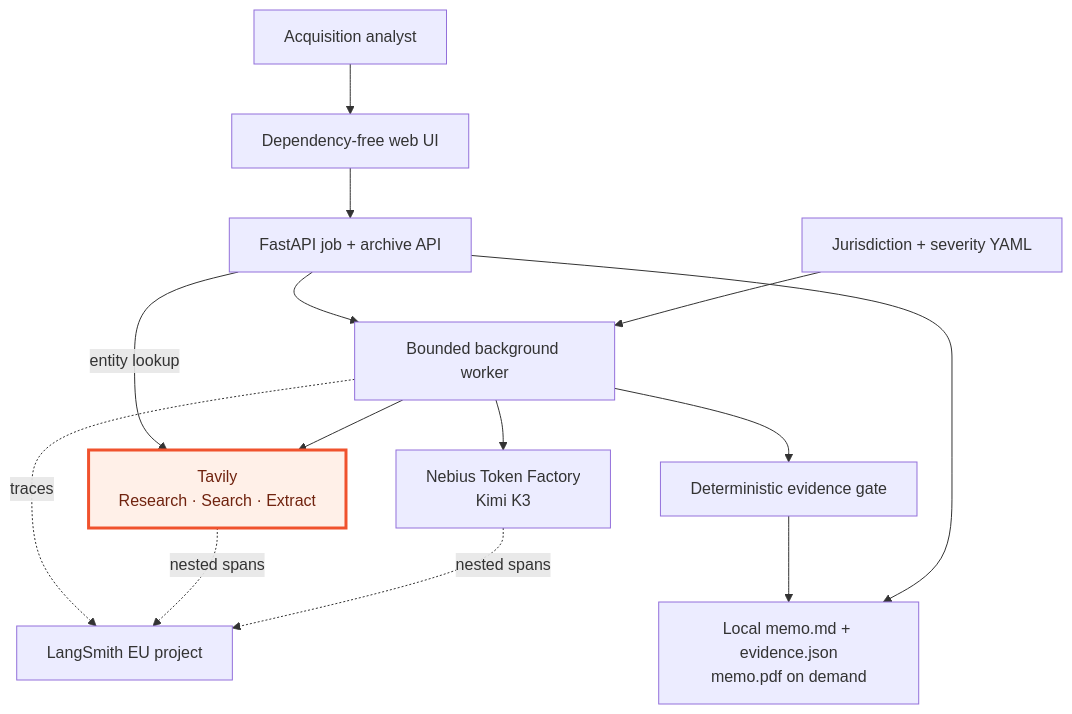
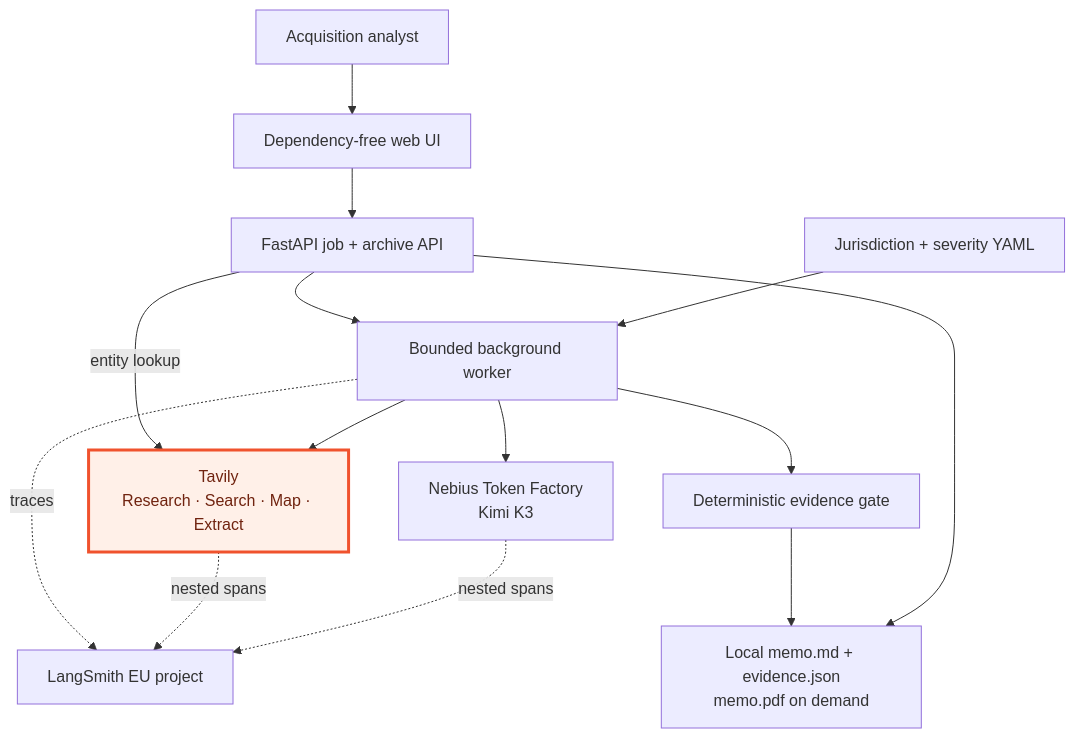
Before and after one commit to 0xtigerclaw/deal_lens: the first of 8 diagrams in docs/ARCHITECTURE.md, drawn with Mermaid. The commit also changed other lines of this file and 33 other files, not shown here.

````diff
--- a/docs/ARCHITECTURE.md
+++ b/docs/ARCHITECTURE.md
@@ -10,29 +10,29 @@
 ```mermaid
 flowchart TB
     Analyst["Acquisition analyst"]
     UI["Dependency-free web UI"]
     API["FastAPI job + archive API"]
     Worker["Bounded background worker"]
     Config["Jurisdiction + severity YAML"]
-    Tavily["Tavily<br/>Research · Search · Extract"]
+    Tavily["Tavily<br/>Research · Search · Map · Extract"]
     Nebius["Nebius Token Factory<br/>Kimi K3"]
     Gate["Deterministic evidence gate"]
     Artifacts["Local memo.md + evidence.json<br/>memo.pdf on demand"]
     LS["LangSmith EU project"]
 
     Analyst --> UI --> API
     API -->|"entity lookup"| Tavily
     API --> Worker
     Config --> Worker
     Worker --> Tavily
     Worker --> Nebius
     Worker --> Gate
     Gate --> Artifacts
     API --> Artifacts
     Worker -. "traces" .-> LS
     Tavily -. "nested spans" .-> LS
     Nebius -. "nested spans" .-> LS
 
     classDef tavily fill:#fff0e8,stroke:#f0522d,stroke-width:3px,color:#70230f
     class Tavily tavily
 ```
````
